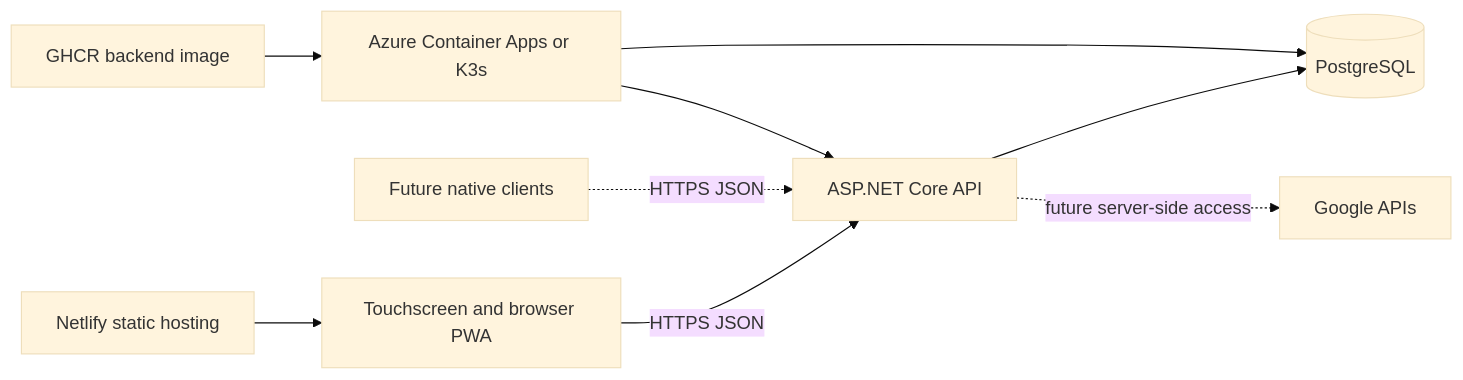
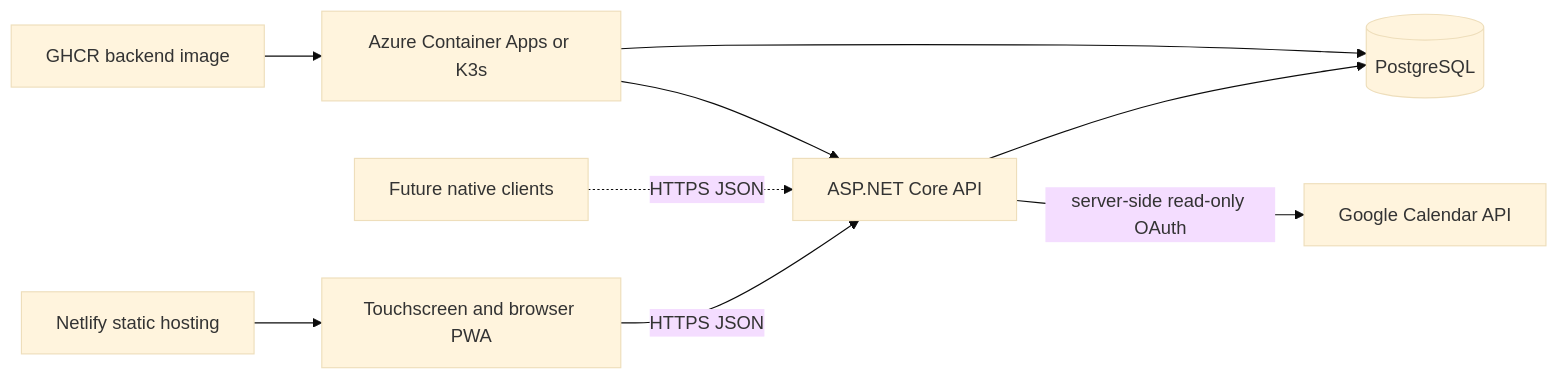
The diagram in docs/architecture.md (egobrane/FamilyBoard), drawn with Mermaid (base theme) before and after one commit. The commit also changed other lines of this file and 63 other files, not shown here.

Commit message:
Adding initial support for Google Calendar Integration.

````diff
--- a/docs/architecture.md
+++ b/docs/architecture.md
@@ -5,11 +5,11 @@
 ```mermaid
 flowchart LR
     Browser[Touchscreen and browser PWA] -->|HTTPS JSON| API[ASP.NET Core API]
     Native[Future native clients] -.->|HTTPS JSON| API
     API --> PostgreSQL[(PostgreSQL)]
-    API -. future server-side access .-> Google[Google APIs]
+    API -->|server-side read-only OAuth| Google[Google Calendar API]
     Netlify[Netlify static hosting] --> Browser
     GHCR[GHCR backend image] --> Containers[Azure Container Apps or K3s]
     Containers --> API
     Containers --> PostgreSQL
 ```
````
